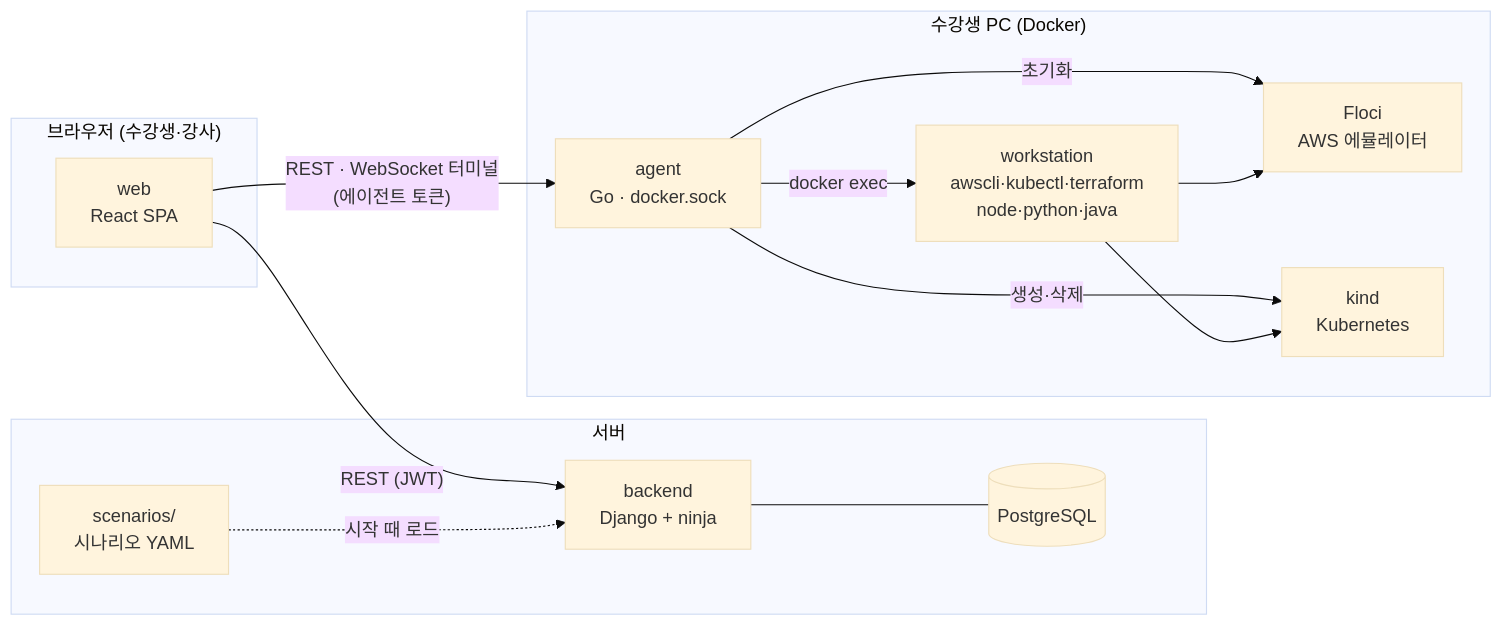
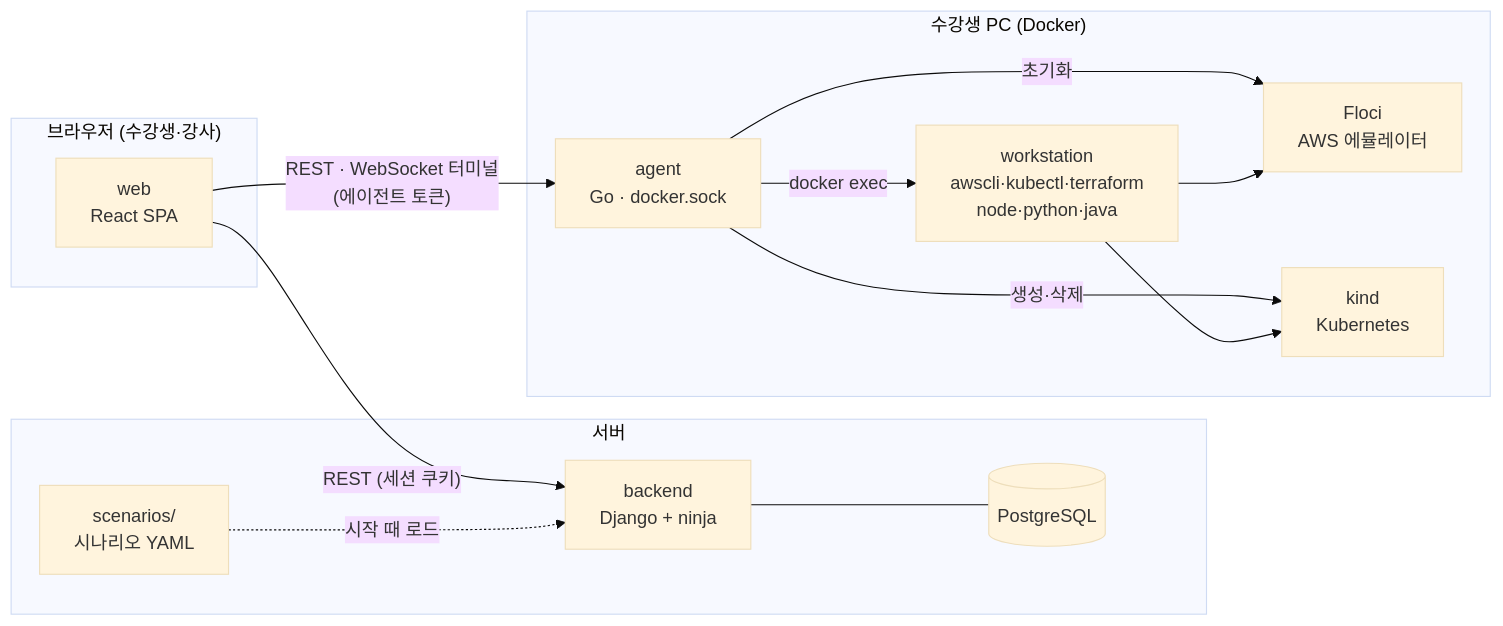
Before and after one commit to sandcorporation/infralab: the diagram in README.md, drawn with Mermaid (base theme). The commit also changed other lines of this file and 39 other files, not shown here.

````diff
--- a/README.md
+++ b/README.md
@@ -46,26 +46,26 @@
 ```mermaid
 flowchart LR
     subgraph Browser["브라우저 (수강생·강사)"]
         SPA["web<br/>React SPA"]
     end
     subgraph Server["서버"]
         API["backend<br/>Django + ninja"]
         DB[("PostgreSQL")]
         SC["scenarios/<br/>시나리오 YAML"]
     end
     subgraph PC["수강생 PC (Docker)"]
         AG["agent<br/>Go · docker.sock"]
         WS["workstation<br/>awscli·kubectl·terraform<br/>node·python·java"]
         FL["Floci<br/>AWS 에뮬레이터"]
         KD["kind<br/>Kubernetes"]
     end
-    SPA -- "REST (JWT)" --> API
+    SPA -- "REST (세션 쿠키)" --> API
     API --- DB
     SC -. "시작 때 로드" .-> API
     SPA -- "REST · WebSocket 터미널<br/>(에이전트 토큰)" --> AG
     AG -- "docker exec" --> WS
     AG -- "초기화" --> FL
     AG -- "생성·삭제" --> KD
     WS --> FL
     WS --> KD
 ```
````
